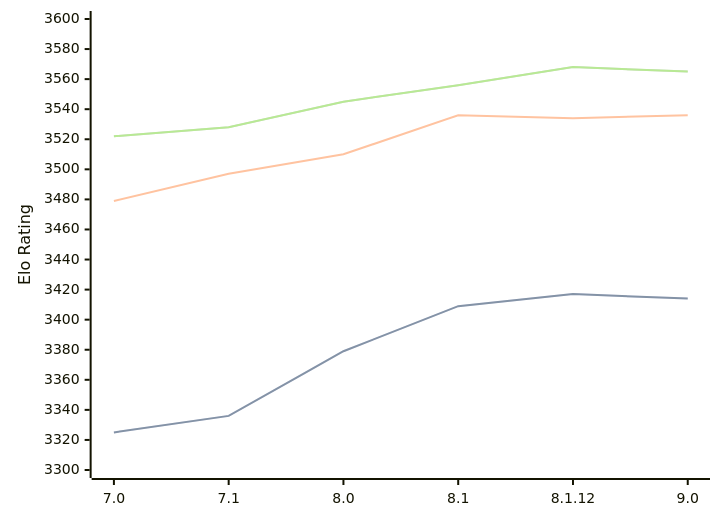
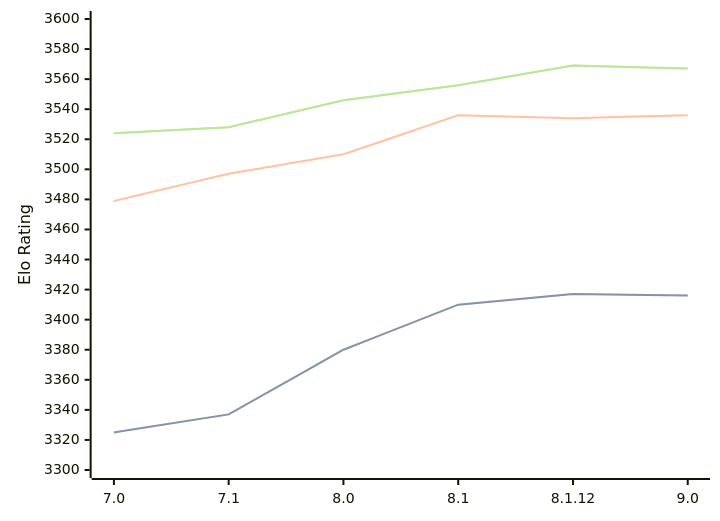
Before and after one commit to computer-chess-index/cci: the first of 3 diagrams in engines/Alexandria.md, drawn with Mermaid. The commit also changed other lines of this file, not shown here.

Commit message:
Update CCI Ratings (ELO VLTC) - 2026-07-13

````diff
--- a/engines/Alexandria.md
+++ b/engines/Alexandria.md
@@ -55,11 +55,11 @@
 ```mermaid
 %%{init: {"theme":"base","themeVariables":{"seriesColors:['#a3a3a3','#222221','#faa371']}}}%%
 xychart-beta
   x-axis ["7.0", "7.1", "8.0", "8.1", "8.1.12", "9.0"]
   y-axis "Elo Rating" 3300 --> 3600
-  line "STC (8.0+0.08s)" [3325, 3336, 3379, 3409, 3417, 3414]
-  line "STC (8.0+0.08s)" [3325, 3336, 3379, 3409, 3417, 3414]
+  line "STC (8.0+0.08s)" [3325, 3337, 3380, 3410, 3417, 3416]
+  line "STC (8.0+0.08s)" [3325, 3337, 3380, 3410, 3417, 3416]
   line "LTC (60.0+0.60s)" [3479, 3497, 3510, 3536, 3534, 3536]
-  line "VLTC (2m24s+1.12s)" [3522, 3528, 3545, 3556, 3568, 3565]
-  line "VLTC (2m24s+1.12s)" [3522, 3528, 3545, 3556, 3568, 3565]
+  line "VLTC (2m24s+1.12s)" [3524, 3528, 3546, 3556, 3569, 3567]
+  line "VLTC (2m24s+1.12s)" [3524, 3528, 3546, 3556, 3569, 3567]
 ```
````
